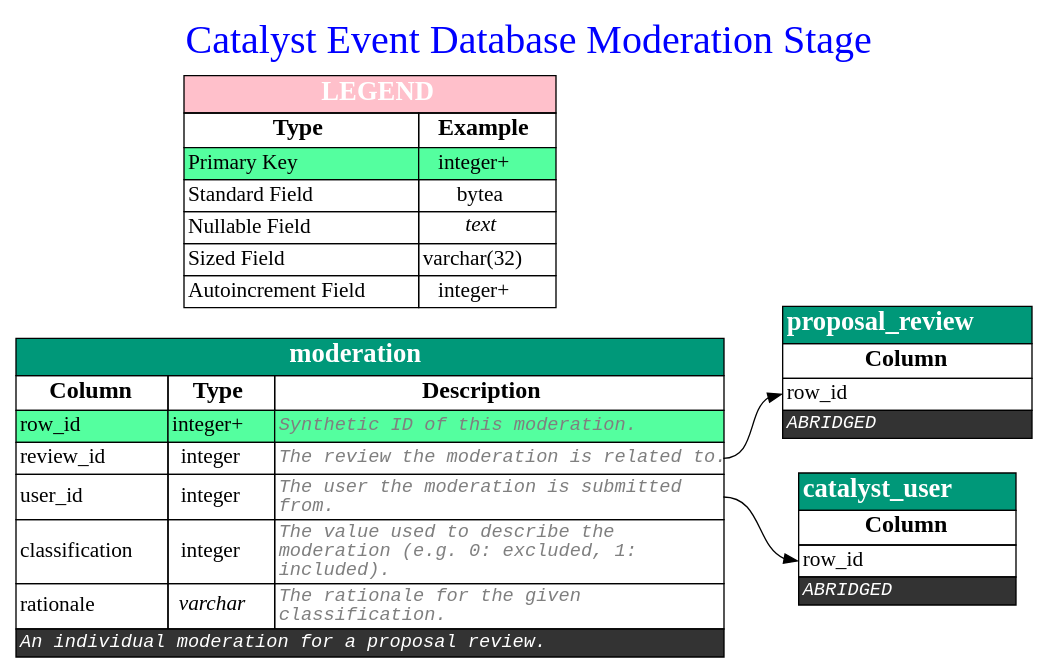
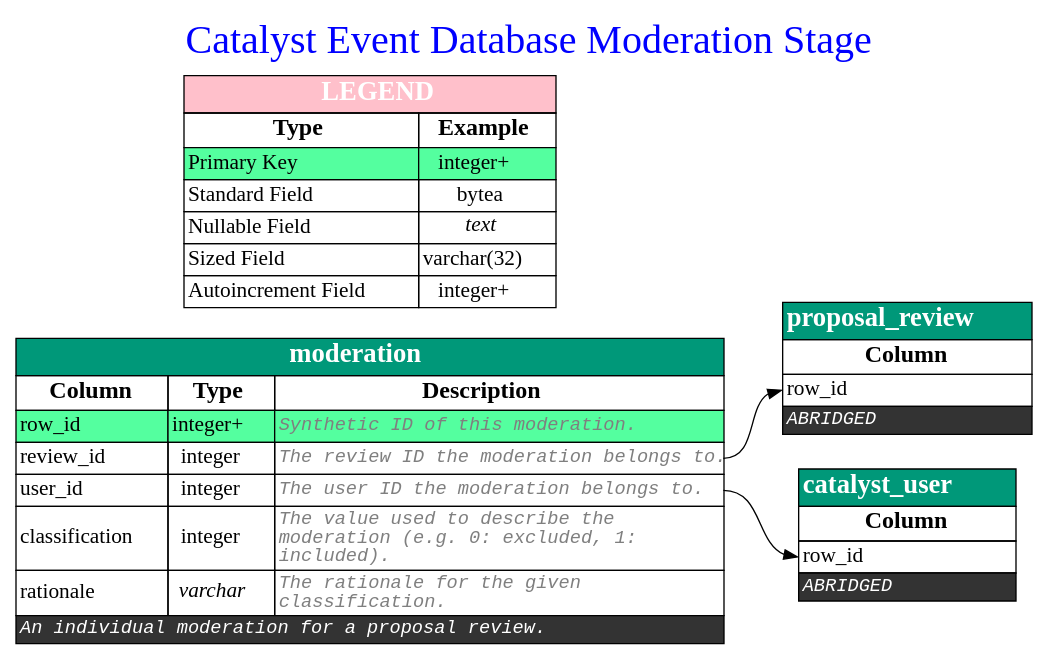
One commit to input-output-hk/catalyst-core changed the diagram in reviews-db-schema/08_event-db/db-diagrams/event-db-moderation.dot. Above: the diagram before and after it, drawn with Graphviz. The commit also changed 120 other files, not shown here.

```diff
--- a/reviews-db-schema/08_event-db/db-diagrams/event-db-moderation.dot
+++ b/reviews-db-schema/08_event-db/db-diagrams/event-db-moderation.dot
@@ -1,175 +1,175 @@
 digraph erd {
 
     
     label = "Catalyst Event Database Moderation Stage"
     labelloc = t
     fontsize = 30
     fontcolor = blue
     
 
     graph [
         rankdir = "LR"
     ];
 
     node [
         fontsize = "16"
         shape = "plaintext"
     ];
 
     edge [
     ];
 
     
         
 
     "moderation" [shape=plain label=<
         <table border='0' cellborder='1' cellspacing='0' >
             <tr>
                 <td colspan='3' bgcolor='#009879' port='__title'><font color='white' face='Courier bold italic' point-size='20'><b>moderation</b></font></td>
             </tr>
             <tr>
                 <td><font color='black' face='Courier bold' point-size='18' ><b>Column</b></font></td>
                 <td><font color='black' face='Courier bold' point-size='18' ><b>Type</b></font></td>
                 <td><font color='black' face='Courier bold' point-size='18' ><b>Description</b></font></td>
             </tr>
 
             
             <tr>
                 <td port="row_id" bgcolor="seagreen1" align='text'><font>row_id</font><br align='left'/></td>
                 <td  bgcolor="seagreen1" ><font>integer+</font></td>
                 <td port="row_id_out" bgcolor="seagreen1" align='text'><font color='grey50' face='Monospace' point-size='14' ><i>Synthetic ID of this moderation.</i><br align="left"/></font></td>
             </tr>
             
             <tr>
                 <td port="review_id"  align='text'><font>review_id</font><br align='left'/></td>
                 <td   ><font>integer</font></td>
-                <td port="review_id_out"  align='text'><font color='grey50' face='Monospace' point-size='14' ><i>The review the moderation is related to.</i><br align="left"/></font></td>
+                <td port="review_id_out"  align='text'><font color='grey50' face='Monospace' point-size='14' ><i>The review ID the moderation belongs to.</i><br align="left"/></font></td>
             </tr>
             
             <tr>
                 <td port="user_id"  align='text'><font>user_id</font><br align='left'/></td>
                 <td   ><font>integer</font></td>
-                <td port="user_id_out"  align='text'><font color='grey50' face='Monospace' point-size='14' ><i>The user the moderation is submitted<br align='left'/>from.</i><br align="left"/></font></td>
+                <td port="user_id_out"  align='text'><font color='grey50' face='Monospace' point-size='14' ><i>The user ID the moderation belongs to.</i><br align="left"/></font></td>
             </tr>
             
             <tr>
                 <td port="classification"  align='text'><font>classification</font><br align='left'/></td>
                 <td   ><font>integer</font></td>
                 <td port="classification_out"  align='text'><font color='grey50' face='Monospace' point-size='14' ><i>The value used to describe the<br align='left'/>moderation (e.g. 0: excluded, 1:<br align='left'/>included).</i><br align="left"/></font></td>
             </tr>
             
             <tr>
                 <td port="rationale"  align='text'><font>rationale</font><br align='left'/></td>
                 <td   ><font><i>varchar</i></font></td>
                 <td port="rationale_out"  align='text'><font color='grey50' face='Monospace' point-size='14' ><i>The rationale for the given<br align='left'/>classification.</i><br align="left"/></font></td>
             </tr>
             
 
             
             <tr>
                 <td colspan='3' bgcolor="grey20" align='text'><font color='white' face='Monospace' point-size='14'><i>An individual moderation for a proposal review.</i><br align="left"/></font></td>
             </tr>
             
 
         </table>
     >];
 
         
     
 
     
 
     "catalyst_user" [label=<
         <table border='0' cellborder='1' cellspacing='0'>
             <tr>
                 <td bgcolor='#009879' port='__title'><font color='white' face='Courier bold italic' point-size='20'><b>catalyst_user</b></font></td>
             </tr>
             <tr>
                 <td><font color='black' face='Courier bold' point-size='18' ><b>Column</b></font></td>
             </tr>
 
             
             <tr>
                 <td port="row_id"  align='text'><font>row_id</font><br align='left'/></td>
             </tr>
             
 
             <tr>
                 <td colspan='3' bgcolor="grey20" align='text'><font color='white' face='Monospace' point-size='14'><i>ABRIDGED</i><br align="left"/></font></td>
             </tr>
         </table>
     >];
 
     
 
     "proposal_review" [label=<
         <table border='0' cellborder='1' cellspacing='0'>
             <tr>
                 <td bgcolor='#009879' port='__title'><font color='white' face='Courier bold italic' point-size='20'><b>proposal_review</b></font></td>
             </tr>
             <tr>
                 <td><font color='black' face='Courier bold' point-size='18' ><b>Column</b></font></td>
             </tr>
 
             
             <tr>
                 <td port="row_id"  align='text'><font>row_id</font><br align='left'/></td>
             </tr>
             
 
             <tr>
                 <td colspan='3' bgcolor="grey20" align='text'><font color='white' face='Monospace' point-size='14'><i>ABRIDGED</i><br align="left"/></font></td>
             </tr>
         </table>
     >];
 
     
 
 
     "LEGEND" [label=<
         <table border='0' cellborder='1' cellspacing='0'>
             <tr>
                 <td colspan='2' bgcolor='Pink' port='__title'><font color='white' face='Courier bold italic' point-size='20'><b>LEGEND</b></font></td>
             </tr>
             <tr>
                 <td><font color='black' face='Courier bold' point-size='18'><b>Type</b></font></td>
                 <td><font color='black' face='Courier bold' point-size='18'><b>Example</b></font></td>
             </tr>
 
             <tr>
                 <td align='text' bgcolor="seagreen1" ><font>Primary Key</font><br align='left'/></td>
                 <td  bgcolor="seagreen1" ><font>integer+</font></td>
             </tr>
 
 
             <tr>
                 <td align='text'><font>Standard Field</font><br align='left'/></td>
                 <td><font>bytea</font></td>
             </tr>
 
             <tr>
                 <td align='text'><font>Nullable Field</font><br align='left'/></td>
                 <td><font><i>text</i></font></td>
             </tr>
 
             <tr>
                 <td align='text'><font>Sized Field</font><br align='left'/></td>
                 <td><font>varchar(32)</font></td>
             </tr>
 
             <tr>
                 <td align='text'><font>Autoincrement Field</font><br align='left'/></td>
                 <td><font>integer+</font></td>
             </tr>
 
         </table>
     >];
 
     
     "moderation":"review_id_out" -> "proposal_review":"row_id"
     
     "moderation":"user_id_out" -> "catalyst_user":"row_id"
     
 
 
 }
```
